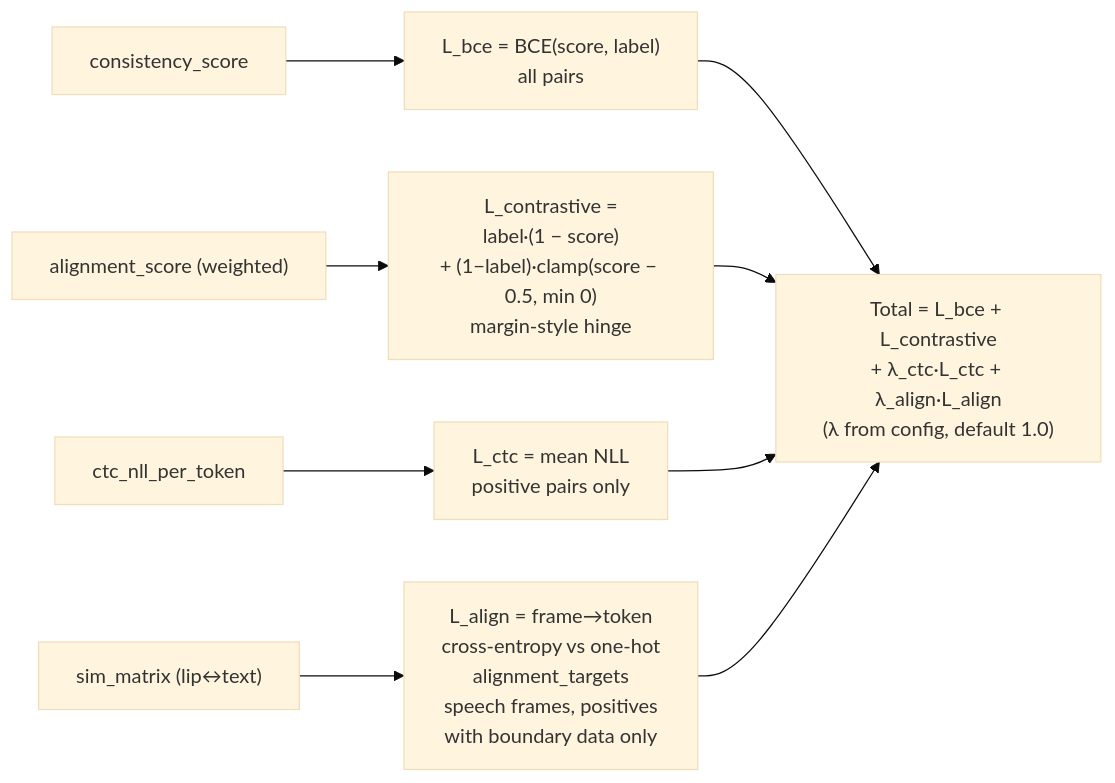
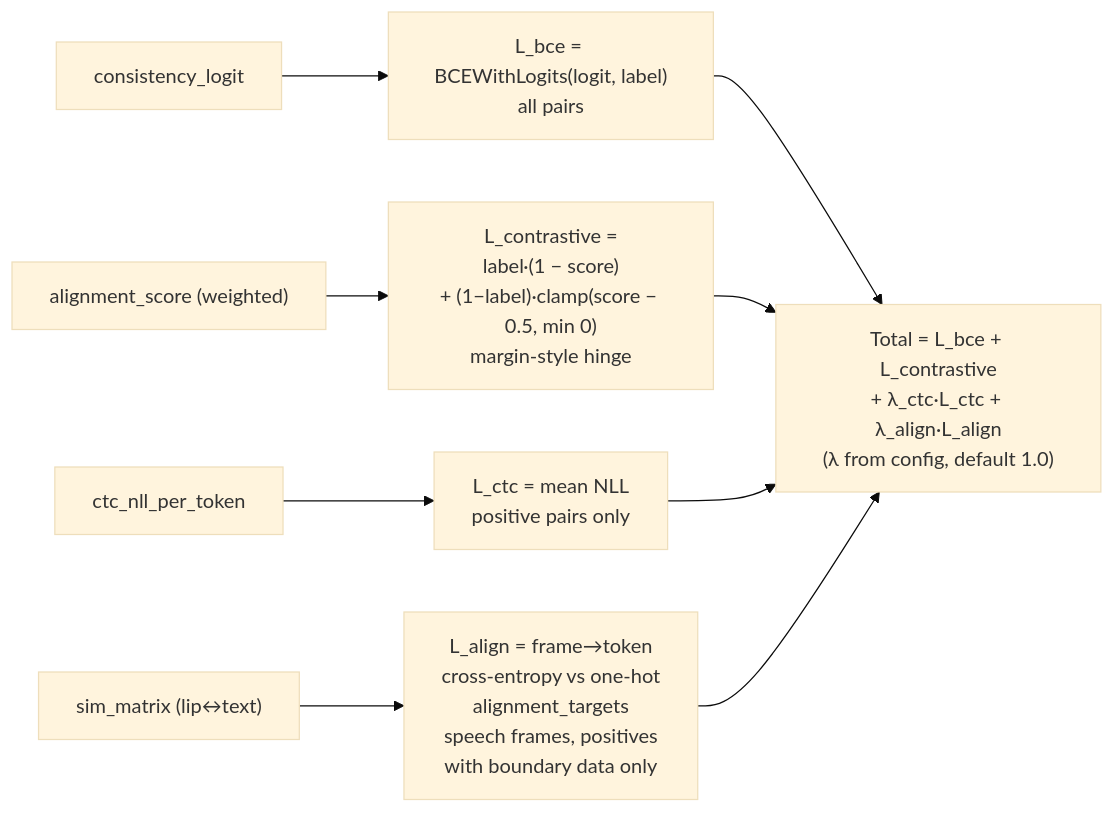
The sixth of 6 diagrams in architecture.md (turinaf/liptev), drawn with Mermaid (base theme) before and after one commit. The commit also changed other lines of this file and 3 other files, not shown here.

Commit message:
Use BCEWithLogitsLoss on raw classifier logits to fix dead gradients on saturation

````diff
--- a/architecture.md
+++ b/architecture.md
@@ -316,8 +316,8 @@
 ```mermaid
 flowchart LR
-    SCORE["consistency_score"] --> BCE["L_bce = BCE(score, label)<br/>all pairs"]
+    SCORE["consistency_logit"] --> BCE["L_bce = BCEWithLogits(logit, label)<br/>all pairs"]
     ASCORE["alignment_score (weighted)"] --> CON["L_contrastive =<br/>label·(1 − score)<br/>+ (1−label)·clamp(score − 0.5, min 0)<br/>margin-style hinge"]
     CTCN["ctc_nll_per_token"] --> CTC["L_ctc = mean NLL<br/>positive pairs only"]
     SIM["sim_matrix (lip↔text)"] --> ALN["L_align = frame→token<br/>cross-entropy vs one-hot<br/>alignment_targets<br/>speech frames, positives<br/>with boundary data only"]
     BCE & CON & CTC & ALN --> TOT["Total = L_bce + L_contrastive<br/>+ λ_ctc·L_ctc + λ_align·L_align<br/>(λ from config, default 1.0)"]
 ```
````
